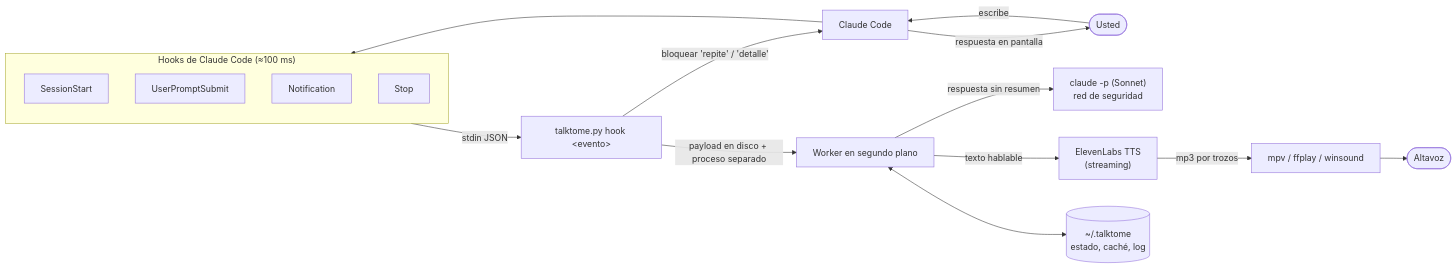
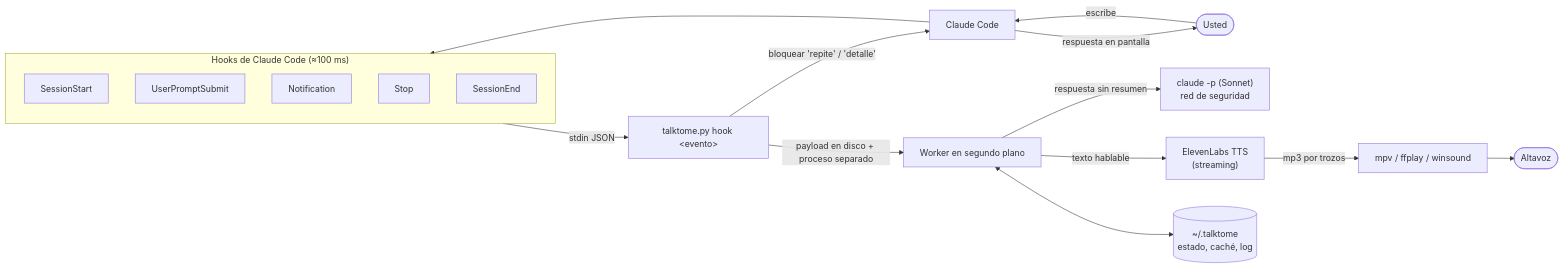
Before and after one commit to dfrobledo/TalkToMe: the first of 14 diagrams in docs/ARQUITECTURA.md, drawn with Mermaid. The commit also changed other lines of this file and 8 other files, not shown here.

````diff
--- a/docs/ARQUITECTURA.md
+++ b/docs/ARQUITECTURA.md
@@ -40,23 +40,24 @@
 ```mermaid
 flowchart LR
     U(["Usted"]) -- escribe --> CC["Claude Code"]
     CC -- respuesta en pantalla --> U
 
     subgraph Hooks["Hooks de Claude Code (≈100 ms)"]
         H1["SessionStart"]
         H2["UserPromptSubmit"]
         H3["Notification"]
         H4["Stop"]
+        H5["SessionEnd"]
     end
     CC --> Hooks
     Hooks -- "stdin JSON" --> HK["talktome.py hook &lt;evento&gt;"]
     HK -- "bloquear 'repite' / 'detalle'" --> CC
     HK -- "payload en disco + proceso separado" --> W["Worker en segundo plano"]
 
     W -- "respuesta sin resumen" --> CL["claude -p (Sonnet)<br/>red de seguridad"]
     W -- "texto hablable" --> EL["ElevenLabs TTS<br/>(streaming)"]
     EL -- "mp3 por trozos" --> P["mpv / ffplay / winsound"]
     P --> S(["Altavoz"])
 
     W <--> ST[("~/.talktome<br/>estado, caché, log")]
 ```
````
